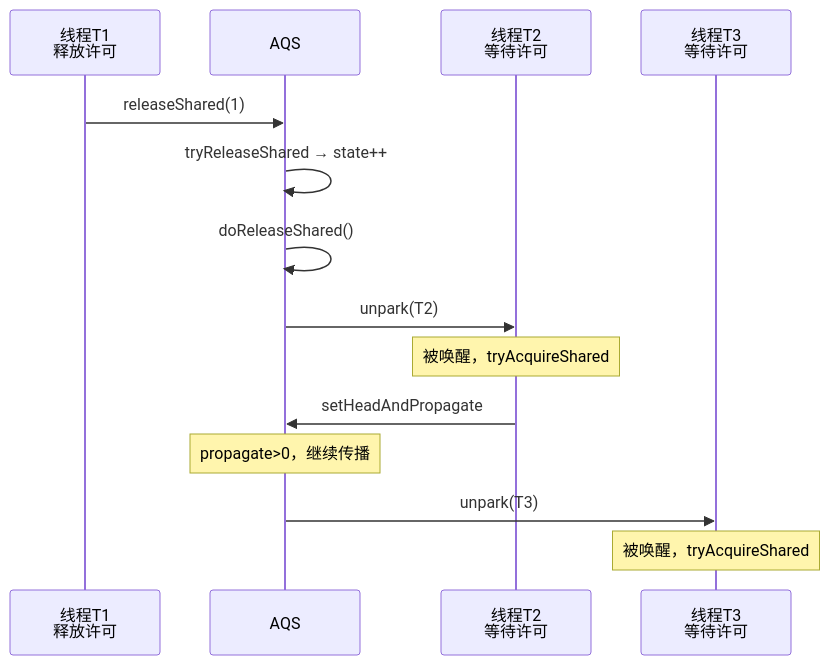
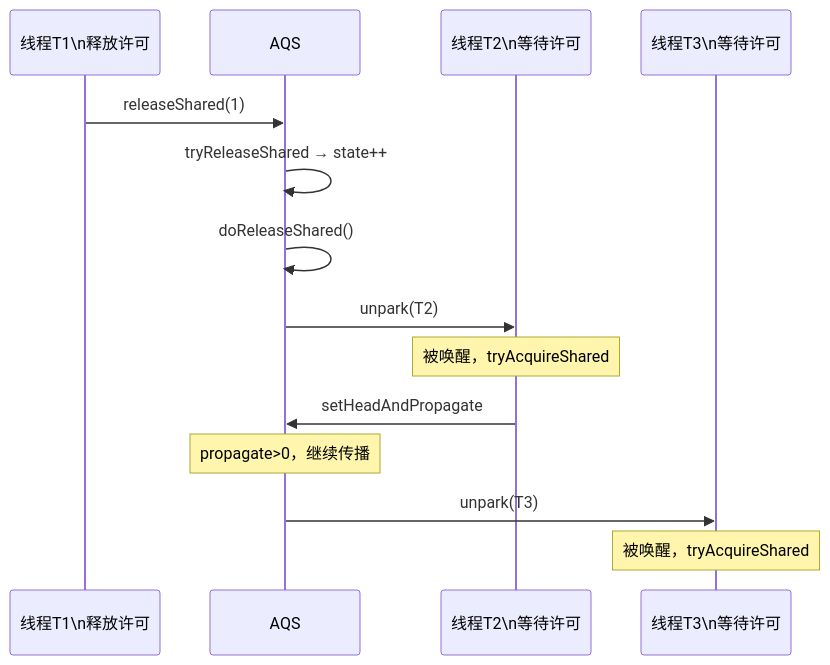
Before and after one commit to yaocat55/yaocat55.github.io: the seventh of 11 diagrams in content/posts/concurrency/AqsDeepAnalysis.md, drawn with Mermaid. The commit also changed other lines of this file and 155 other files, not shown here.

````diff
--- a/content/posts/concurrency/AqsDeepAnalysis.md
+++ b/content/posts/concurrency/AqsDeepAnalysis.md
@@ -460,17 +487,17 @@
 ```mermaid
 sequenceDiagram
-    participant T1 as 线程T1<br/>释放许可
+    participant T1 as 线程T1\n释放许可
     participant AQS as AQS
-    participant T2 as 线程T2<br/>等待许可
-    participant T3 as 线程T3<br/>等待许可
+    participant T2 as 线程T2\n等待许可
+    participant T3 as 线程T3\n等待许可
 
     T1->>AQS: releaseShared(1)
     AQS->>AQS: tryReleaseShared → state++
     AQS->>AQS: doReleaseShared()
     AQS->>T2: unpark(T2)
     Note over T2: 被唤醒，tryAcquireShared
     T2->>AQS: setHeadAndPropagate
     Note over AQS: propagate>0，继续传播
     AQS->>T3: unpark(T3)
     Note over T3: 被唤醒，tryAcquireShared
 ```
````
